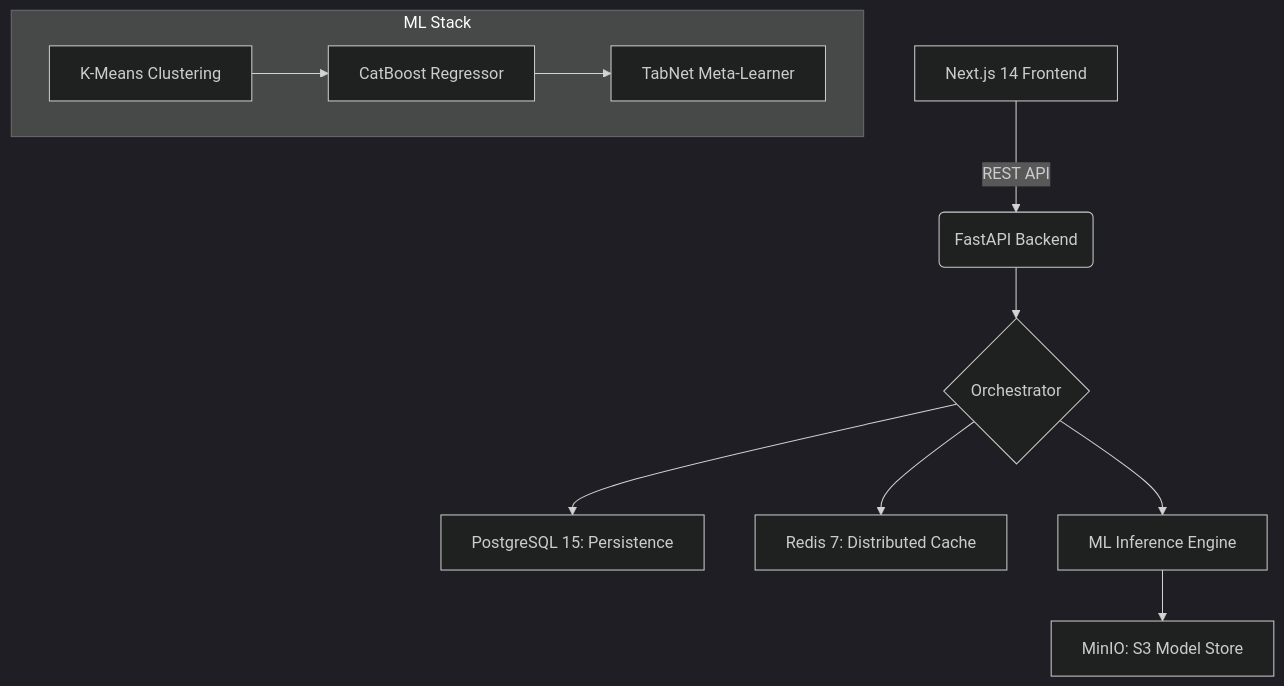
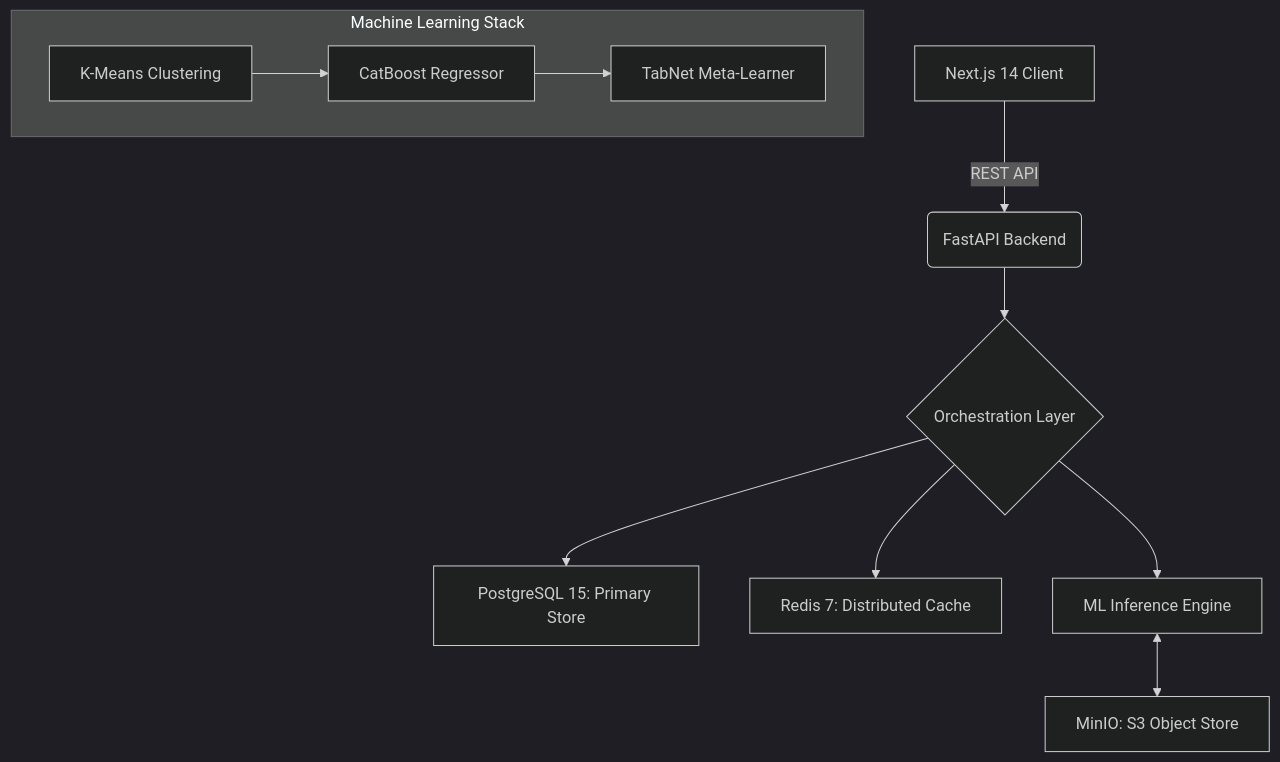
One commit to KausaniPyne/loanlens changed the first of 2 diagrams in README.md. Above: the diagram before and after it, drawn with Mermaid (dark theme). The commit also changed other lines of this file, not shown here.

Commit message:
docs: rewrite README with comprehensive architecture and ML pipeline analytics

````diff
--- a/README.md
+++ b/README.md
@@ -21,14 +21,16 @@
 ```mermaid
 graph TD
-    A[Next.js 14 Frontend] -->|REST API| B(FastAPI Backend)
-    B --> C{Orchestrator}
-    C --> D[PostgreSQL 15: Persistence]
+    A[Next.js 14 Client] -->|REST API| B(FastAPI Backend)
+    B --> C{Orchestration Layer}
+    
+    C --> D[PostgreSQL 15: Primary Store]
     C --> E[Redis 7: Distributed Cache]
     C --> F[ML Inference Engine]
-    F --> G[MinIO: S3 Model Store]
     
-    subgraph "ML Stack"
-    H[K-Means Clustering] --> I[CatBoost Regressor]
-    I --> J[TabNet Meta-Learner]
+    F <--> G[MinIO: S3 Object Store]
+    
+    subgraph "Machine Learning Stack"
+        H[K-Means Clustering] --> I[CatBoost Regressor]
+        I --> J[TabNet Meta-Learner]
     end
 ```
````
